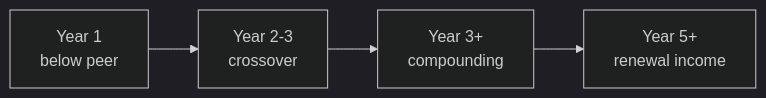
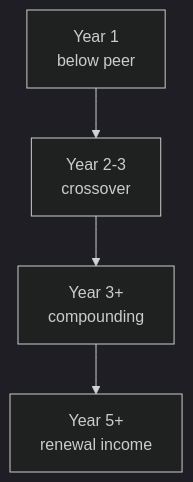
The diagram in docs/first-60-days/week-2/day-08.md (leotansingapore/aia-product-compass-hub), drawn with Mermaid (dark theme) before and after one commit. The commit also changed other lines of this file and 56 other files, not shown here.

Commit message:
Readability pass across first-60-days: styled HTML to tables/diagrams, cleaner formatting, no leaked metadata

````diff
--- a/docs/first-60-days/week-2/day-08.md
+++ b/docs/first-60-days/week-2/day-08.md
@@ -86,4 +80,6 @@
 ```mermaid
-flowchart LR
-    Y1["Year 1<br/>below peer"] --> Y2["Year 2-3<br/>crossover"] --> Y3["Year 3+<br/>compounding"] --> Y5["Year 5+<br/>renewal income"]
+flowchart TD
+    Y1["Year 1<br/>below peer"] --> Y2["Year 2-3<br/>crossover"]
+    Y2 --> Y3["Year 3+<br/>compounding"]
+    Y3 --> Y5["Year 5+<br/>renewal income"]
 ```
````
